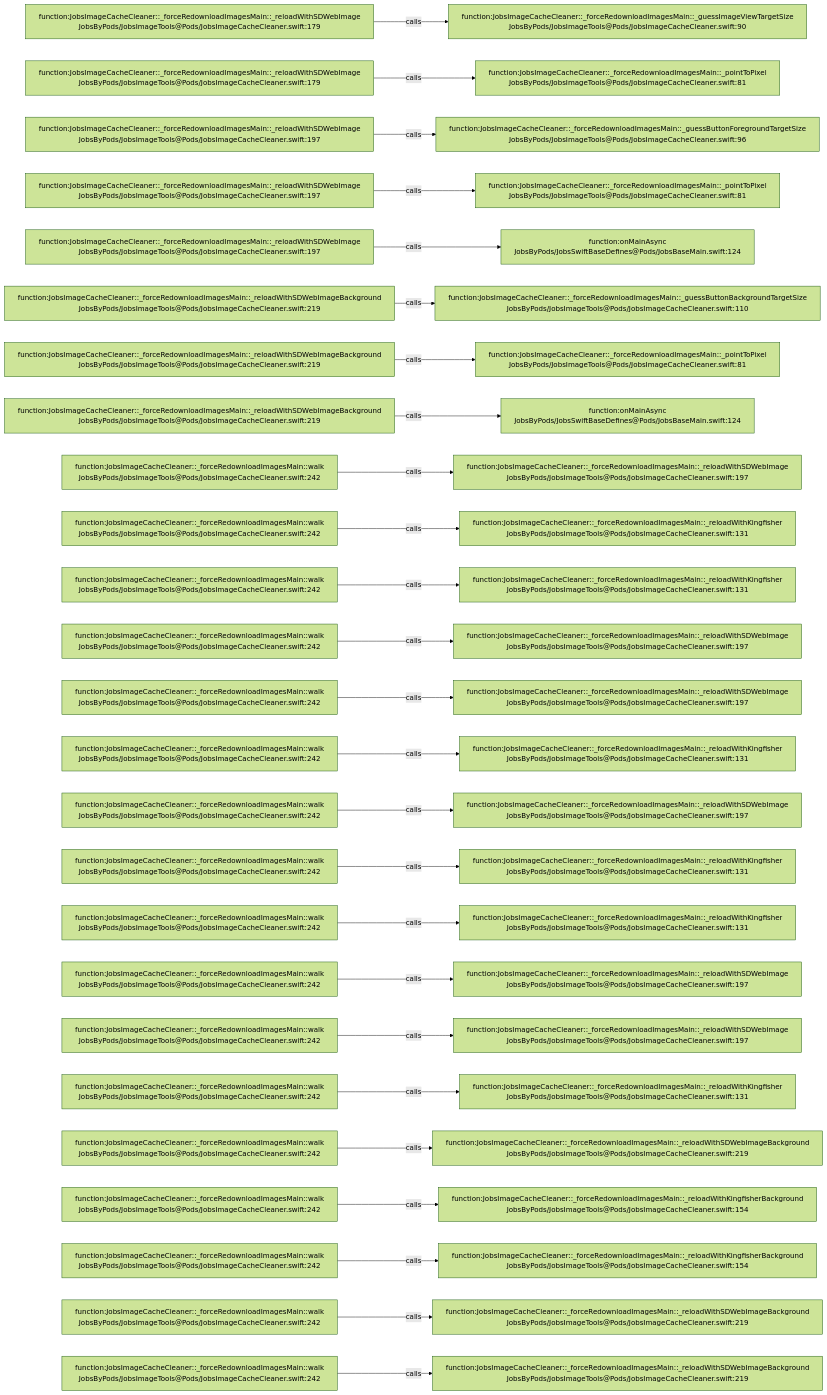
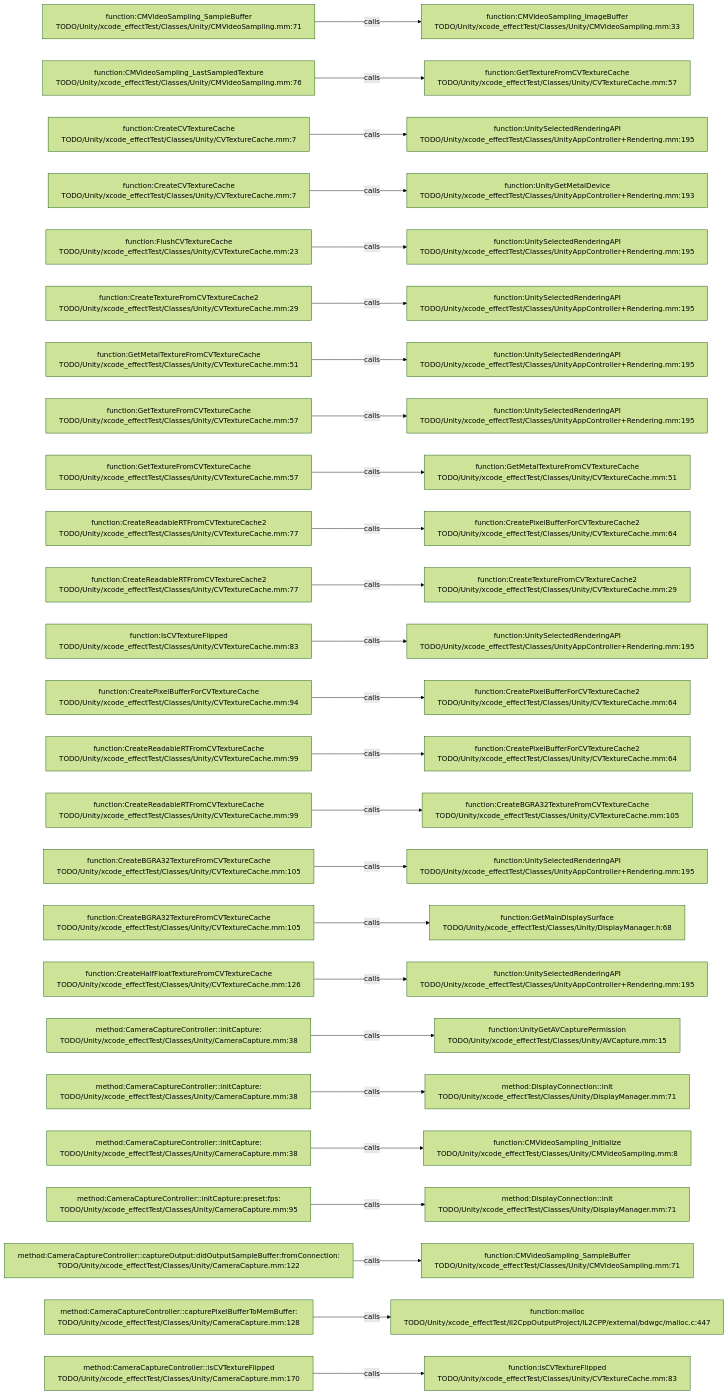
The diagram in .codegraph/codegraph.md/graphs/calls-033.md (JobsKits/JobsSwiftBaseConfigDemo), drawn with Mermaid (forest theme) before and after one commit. The commit also changed 227 other files, not shown here.

````diff
--- a/.codegraph/codegraph.md/graphs/calls-033.md
+++ b/.codegraph/codegraph.md/graphs/calls-033.md
@@ -13,78 +13,78 @@
 ```mermaid
 flowchart LR
-  S1["function:JobsImageCacheCleaner::_forceRedownloadImagesMain::_reloadWithSDWebImage<br/>JobsByPods/JobsImageTools@Pods/JobsImageCacheCleaner.swift:179"]
-  T1["function:JobsImageCacheCleaner::_forceRedownloadImagesMain::_guessImageViewTargetSize<br/>JobsByPods/JobsImageTools@Pods/JobsImageCacheCleaner.swift:90"]
+  S1["function:CMVideoSampling_SampleBuffer<br/>TODO/Unity/xcode_effectTest/Classes/Unity/CMVideoSampling.mm:71"]
+  T1["function:CMVideoSampling_ImageBuffer<br/>TODO/Unity/xcode_effectTest/Classes/Unity/CMVideoSampling.mm:33"]
   S1 -->|calls| T1
-  S2["function:JobsImageCacheCleaner::_forceRedownloadImagesMain::_reloadWithSDWebImage<br/>JobsByPods/JobsImageTools@Pods/JobsImageCacheCleaner.swift:179"]
-  T2["function:JobsImageCacheCleaner::_forceRedownloadImagesMain::_pointToPixel<br/>JobsByPods/JobsImageTools@Pods/JobsImageCacheCleaner.swift:81"]
+  S2["function:CMVideoSampling_LastSampledTexture<br/>TODO/Unity/xcode_effectTest/Classes/Unity/CMVideoSampling.mm:76"]
+  T2["function:GetTextureFromCVTextureCache<br/>TODO/Unity/xcode_effectTest/Classes/Unity/CVTextureCache.mm:57"]
   S2 -->|calls| T2
-  S3["function:JobsImageCacheCleaner::_forceRedownloadImagesMain::_reloadWithSDWebImage<br/>JobsByPods/JobsImageTools@Pods/JobsImageCacheCleaner.swift:197"]
-  T3["function:JobsImageCacheCleaner::_forceRedownloadImagesMain::_guessButtonForegroundTargetSize<br/>JobsByPods/JobsImageTools@Pods/JobsImageCacheCleaner.swift:96"]
+  S3["function:CreateCVTextureCache<br/>TODO/Unity/xcode_effectTest/Classes/Unity/CVTextureCache.mm:7"]
+  T3["function:UnitySelectedRenderingAPI<br/>TODO/Unity/xcode_effectTest/Classes/UnityAppController+Rendering.mm:195"]
   S3 -->|calls| T3
-  S4["function:JobsImageCacheCleaner::_forceRedownloadImagesMain::_reloadWithSDWebImage<br/>JobsByPods/JobsImageTools@Pods/JobsImageCacheCleaner.swift:197"]
-  T4["function:JobsImageCacheCleaner::_forceRedownloadImagesMain::_pointToPixel<br/>JobsByPods/JobsImageTools@Pods/JobsImageCacheCleaner.swift:81"]
+  S4["function:CreateCVTextureCache<br/>TODO/Unity/xcode_effectTest/Classes/Unity/CVTextureCache.mm:7"]
+  T4["function:UnityGetMetalDevice<br/>TODO/Unity/xcode_effectTest/Classes/UnityAppController+Rendering.mm:193"]
   S4 -->|calls| T4
-  S5["function:JobsImageCacheCleaner::_forceRedownloadImagesMain::_reloadWithSDWebImage<br/>JobsByPods/JobsImageTools@Pods/JobsImageCacheCleaner.swift:197"]
-  T5["function:onMainAsync<br/>JobsByPods/JobsSwiftBaseDefines@Pods/JobsBaseMain.swift:124"]
+  S5["function:FlushCVTextureCache<br/>TODO/Unity/xcode_effectTest/Classes/Unity/CVTextureCache.mm:23"]
+  T5["function:UnitySelectedRenderingAPI<br/>TODO/Unity/xcode_effectTest/Classes/UnityAppController+Rendering.mm:195"]
   S5 -->|calls| T5
-  S6["function:JobsImageCacheCleaner::_forceRedownloadImagesMain::_reloadWithSDWebImageBackground<br/>JobsByPods/JobsImageTools@Pods/JobsImageCacheCleaner.swift:219"]
-  T6["function:JobsImageCacheCleaner::_forceRedownloadImagesMain::_guessButtonBackgroundTargetSize<br/>JobsByPods/JobsImageTools@Pods/JobsImageCacheCleaner.swift:110"]
+  S6["function:CreateTextureFromCVTextureCache2<br/>TODO/Unity/xcode_effectTest/Classes/Unity/CVTextureCache.mm:29"]
+  T6["function:UnitySelectedRenderingAPI<br/>TODO/Unity/xcode_effectTest/Classes/UnityAppController+Rendering.mm:195"]
   S6 -->|calls| T6
-  S7["function:JobsImageCacheCleaner::_forceRedownloadImagesMain::_reloadWithSDWebImageBackground<br/>JobsByPods/JobsImageTools@Pods/JobsImageCacheCleaner.swift:219"]
-  T7["function:JobsImageCacheCleaner::_forceRedownloadImagesMain::_pointToPixel<br/>JobsByPods/JobsImageTools@Pods/JobsImageCacheCleaner.swift:81"]
+  S7["function:GetMetalTextureFromCVTextureCache<br/>TODO/Unity/xcode_effectTest/Classes/Unity/CVTextureCache.mm:51"]
+  T7["function:UnitySelectedRenderingAPI<br/>TODO/Unity/xcode_effectTest/Classes/UnityAppController+Rendering.mm:195"]
   S7 -->|calls| T7
-  S8["function:JobsImageCacheCleaner::_forceRedownloadImagesMain::_reloadWithSDWebImageBackground<br/>JobsByPods/JobsImageTools@Pods/JobsImageCacheCleaner.swift:219"]
-  T8["function:onMainAsync<br/>JobsByPods/JobsSwiftBaseDefines@Pods/JobsBaseMain.swift:124"]
+  S8["function:GetTextureFromCVTextureCache<br/>TODO/Unity/xcode_effectTest/Classes/Unity/CVTextureCache.mm:57"]
+  T8["function:UnitySelectedRenderingAPI<br/>TODO/Unity/xcode_effectTest/Classes/UnityAppController+Rendering.mm:195"]
   S8 -->|calls| T8
-  S9["function:JobsImageCacheCleaner::_forceRedownloadImagesMain::walk<br/>JobsByPods/JobsImageTools@Pods/JobsImageCacheCleaner.swift:242"]
-  T9["function:JobsImageCacheCleaner::_forceRedownloadImagesMain::_reloadWithSDWebImage<br/>JobsByPods/JobsImageTools@Pods/JobsImageCacheCleaner.swift:197"]
+  S9["function:GetTextureFromCVTextureCache<br/>TODO/Unity/xcode_effectTest/Classes/Unity/CVTextureCache.mm:57"]
+  T9["function:GetMetalTextureFromCVTextureCache<br/>TODO/Unity/xcode_effectTest/Classes/Unity/CVTextureCache.mm:51"]
   S9 -->|calls| T9
-  S10["function:JobsImageCacheCleaner::_forceRedownloadImagesMain::walk<br/>JobsByPods/JobsImageTools@Pods/JobsImageCacheCleaner.swift:242"]
-  T10["function:JobsImageCacheCleaner::_forceRedownloadImagesMain::_reloadWithKingfisher<br/>JobsByPods/JobsImageTools@Pods/JobsImageCacheCleaner.swift:131"]
+  S10["function:CreateReadableRTFromCVTextureCache2<br/>TODO/Unity/xcode_effectTest/Classes/Unity/CVTextureCache.mm:77"]
+  T10["function:CreatePixelBufferForCVTextureCache2<br/>TODO/Unity/xcode_effectTest/Classes/Unity/CVTextureCache.mm:64"]
   S10 -->|calls| T10
-  S11["function:JobsImageCacheCleaner::_forceRedownloadImagesMain::walk<br/>JobsByPods/JobsImageTools@Pods/JobsImageCacheCleaner.swift:242"]
-  T11["function:JobsImageCacheCleaner::_forceRedownloadImagesMain::_reloadWithKingfisher<br/>JobsByPods/JobsImageTools@Pods/JobsImageCacheCleaner.swift:131"]
+  S11["function:CreateReadableRTFromCVTextureCache2<br/>TODO/Unity/xcode_effectTest/Classes/Unity/CVTextureCache.mm:77"]
+  T11["function:CreateTextureFromCVTextureCache2<br/>TODO/Unity/xcode_effectTest/Classes/Unity/CVTextureCache.mm:29"]
   S11 -->|calls| T11
-  S12["function:JobsImageCacheCleaner::_forceRedownloadImagesMain::walk<br/>JobsByPods/JobsImageTools@Pods/JobsImageCacheCleaner.swift:242"]
-  T12["function:JobsImageCacheCleaner::_forceRedownloadImagesMain::_reloadWithSDWebImage<br/>JobsByPods/JobsImageTools@Pods/JobsImageCacheCleaner.swift:197"]
+  S12["function:IsCVTextureFlipped<br/>TODO/Unity/xcode_effectTest/Classes/Unity/CVTextureCache.mm:83"]
+  T12["function:UnitySelectedRenderingAPI<br/>TODO/Unity/xcode_effectTest/Classes/UnityAppController+Rendering.mm:195"]
   S12 -->|calls| T12
-  S13["function:JobsImageCacheCleaner::_forceRedownloadImagesMain::walk<br/>JobsByPods/JobsImageTools@Pods/JobsImageCacheCleaner.swift:242"]
-  T13["function:JobsImageCacheCleaner::_forceRedownloadImagesMain::_reloadWithSDWebImage<br/>JobsByPods/JobsImageTools@Pods/JobsImageCacheCleaner.swift:197"]
+  S13["function:CreatePixelBufferForCVTextureCache<br/>TODO/Unity/xcode_effectTest/Classes/Unity/CVTextureCache.mm:94"]
+  T13["function:CreatePixelBufferForCVTextureCache2<br/>TODO/Unity/xcode_effectTest/Classes/Unity/CVTextureCache.mm:64"]
   S13 -->|calls| T13
-  S14["function:JobsImageCacheCleaner::_forceRedownloadImagesMain::walk<br/>JobsByPods/JobsImageTools@Pods/JobsImageCacheCleaner.swift:242"]
-  T14["function:JobsImageCacheCleaner::_forceRedownloadImagesMain::_reloadWithKingfisher<br/>JobsByPods/JobsImageTools@Pods/JobsImageCacheCleaner.swift:131"]
+  S14["function:CreateReadableRTFromCVTextureCache<br/>TODO/Unity/xcode_effectTest/Classes/Unity/CVTextureCache.mm:99"]
+  T14["function:CreatePixelBufferForCVTextureCache2<br/>TODO/Unity/xcode_effectTest/Classes/Unity/CVTextureCache.mm:64"]
   S14 -->|calls| T14
-  S15["function:JobsImageCacheCleaner::_forceRedownloadImagesMain::walk<br/>JobsByPods/JobsImageTools@Pods/JobsImageCacheCleaner.swift:242"]
-  T15["function:JobsImageCacheCleaner::_forceRedownloadImagesMain::_reloadWithSDWebImage<br/>JobsByPods/JobsImageTools@Pods/JobsImageCacheCleaner.swift:197"]
+  S15["function:CreateReadableRTFromCVTextureCache<br/>TODO/Unity/xcode_effectTest/Classes/Unity/CVTextureCache.mm:99"]
+  T15["function:CreateBGRA32TextureFromCVTextureCache<br/>TODO/Unity/xcode_effectTest/Classes/Unity/CVTextureCache.mm:105"]
   S15 -->|calls| T15
-  S16["function:JobsImageCacheCleaner::_forceRedownloadImagesMain::walk<br/>JobsByPods/JobsImageTools@Pods/JobsImageCacheCleaner.swift:242"]
-  T16["function:JobsImageCacheCleaner::_forceRedownloadImagesMain::_reloadWithKingfisher<br/>JobsByPods/JobsImageTools@Pods/JobsImageCacheCleaner.swift:131"]
+  S16["function:CreateBGRA32TextureFromCVTextureCache<br/>TODO/Unity/xcode_effectTest/Classes/Unity/CVTextureCache.mm:105"]
+  T16["function:UnitySelectedRenderingAPI<br/>TODO/Unity/xcode_effectTest/Classes/UnityAppController+Rendering.mm:195"]
   S16 -->|calls| T16
-  S17["function:JobsImageCacheCleaner::_forceRedownloadImagesMain::walk<br/>JobsByPods/JobsImageTools@Pods/JobsImageCacheCleaner.swift:242"]
-  T17["function:JobsImageCacheCleaner::_forceRedownloadImagesMain::_reloadWithKingfisher<br/>JobsByPods/JobsImageTools@Pods/JobsImageCacheCleaner.swift:131"]
+  S17["function:CreateBGRA32TextureFromCVTextureCache<br/>TODO/Unity/xcode_effectTest/Classes/Unity/CVTextureCache.mm:105"]
+  T17["function:GetMainDisplaySurface<br/>TODO/Unity/xcode_effectTest/Classes/Unity/DisplayManager.h:68"]
   S17 -->|calls| T17
-  S18["function:JobsImageCacheCleaner::_forceRedownloadImagesMain::walk<br/>JobsByPods/JobsImageTools@Pods/JobsImageCacheCleaner.swift:242"]
-  T18["function:JobsImageCacheCleaner::_forceRedownloadImagesMain::_reloadWithSDWebImage<br/>JobsByPods/JobsImageTools@Pods/JobsImageCacheCleaner.swift:197"]
+  S18["function:CreateHalfFloatTextureFromCVTextureCache<br/>TODO/Unity/xcode_effectTest/Classes/Unity/CVTextureCache.mm:126"]
+  T18["function:UnitySelectedRenderingAPI<br/>TODO/Unity/xcode_effectTest/Classes/UnityAppController+Rendering.mm:195"]
   S18 -->|calls| T18
-  S19["function:JobsImageCacheCleaner::_forceRedownloadImagesMain::walk<br/>JobsByPods/JobsImageTools@Pods/JobsImageCacheCleaner.swift:242"]
-  T19["function:JobsImageCacheCleaner::_forceRedownloadImagesMain::_reloadWithSDWebImage<br/>JobsByPods/JobsImageTools@Pods/JobsImageCacheCleaner.swift:197"]
+  S19["method:CameraCaptureController::initCapture:<br/>TODO/Unity/xcode_effectTest/Classes/Unity/CameraCapture.mm:38"]
+  T19["function:UnityGetAVCapturePermission<br/>TODO/Unity/xcode_effectTest/Classes/Unity/AVCapture.mm:15"]
   S19 -->|calls| T19
-  S20["function:JobsImageCacheCleaner::_forceRedownloadImagesMain::walk<br/>JobsByPods/JobsImageTools@Pods/JobsImageCacheCleaner.swift:242"]
-  T20["function:JobsImageCacheCleaner::_forceRedownloadImagesMain::_reloadWithKingfisher<br/>JobsByPods/JobsImageTools@Pods/JobsImageCacheCleaner.swift:131"]
+  S20["method:CameraCaptureController::initCapture:<br/>TODO/Unity/xcode_effectTest/Classes/Unity/CameraCapture.mm:38"]
+  T20["method:DisplayConnection::init<br/>TODO/Unity/xcode_effectTest/Classes/Unity/DisplayManager.mm:71"]
   S20 -->|calls| T20
-  S21["function:JobsImageCacheCleaner::_forceRedownloadImagesMain::walk<br/>JobsByPods/JobsImageTools@Pods/JobsImageCacheCleaner.swift:242"]
-  T21["function:JobsImageCacheCleaner::_forceRedownloadImagesMain::_reloadWithSDWebImageBackground<br/>JobsByPods/JobsImageTools@Pods/JobsImageCacheCleaner.swift:219"]
+  S21["method:CameraCaptureController::initCapture:<br/>TODO/Unity/xcode_effectTest/Classes/Unity/CameraCapture.mm:38"]
+  T21["function:CMVideoSampling_Initialize<br/>TODO/Unity/xcode_effectTest/Classes/Unity/CMVideoSampling.mm:8"]
   S21 -->|calls| T21
-  S22["function:JobsImageCacheCleaner::_forceRedownloadImagesMain::walk<br/>JobsByPods/JobsImageTools@Pods/JobsImageCacheCleaner.swift:242"]
-  T22["function:JobsImageCacheCleaner::_forceRedownloadImagesMain::_reloadWithKingfisherBackground<br/>JobsByPods/JobsImageTools@Pods/JobsImageCacheCleaner.swift:154"]
+  S22["method:CameraCaptureController::initCapture:preset:fps:<br/>TODO/Unity/xcode_effectTest/Classes/Unity/CameraCapture.mm:95"]
+  T22["method:DisplayConnection::init<br/>TODO/Unity/xcode_effectTest/Classes/Unity/DisplayManager.mm:71"]
   S22 -->|calls| T22
-  S23["function:JobsImageCacheCleaner::_forceRedownloadImagesMain::walk<br/>JobsByPods/JobsImageTools@Pods/JobsImageCacheCleaner.swift:242"]
-  T23["function:JobsImageCacheCleaner::_forceRedownloadImagesMain::_reloadWithKingfisherBackground<br/>JobsByPods/JobsImageTools@Pods/JobsImageCacheCleaner.swift:154"]
+  S23["method:CameraCaptureController::captureOutput:didOutputSampleBuffer:fromConnection:<br/>TODO/Unity/xcode_effectTest/Classes/Unity/CameraCapture.mm:122"]
+  T23["function:CMVideoSampling_SampleBuffer<br/>TODO/Unity/xcode_effectTest/Classes/Unity/CMVideoSampling.mm:71"]
   S23 -->|calls| T23
-  S24["function:JobsImageCacheCleaner::_forceRedownloadImagesMain::walk<br/>JobsByPods/JobsImageTools@Pods/JobsImageCacheCleaner.swift:242"]
-  T24["function:JobsImageCacheCleaner::_forceRedownloadImagesMain::_reloadWithSDWebImageBackground<br/>JobsByPods/JobsImageTools@Pods/JobsImageCacheCleaner.swift:219"]
+  S24["method:CameraCaptureController::capturePixelBufferToMemBuffer:<br/>TODO/Unity/xcode_effectTest/Classes/Unity/CameraCapture.mm:128"]
+  T24["function:malloc<br/>TODO/Unity/xcode_effectTest/Il2CppOutputProject/IL2CPP/external/bdwgc/malloc.c:447"]
   S24 -->|calls| T24
-  S25["function:JobsImageCacheCleaner::_forceRedownloadImagesMain::walk<br/>JobsByPods/JobsImageTools@Pods/JobsImageCacheCleaner.swift:242"]
-  T25["function:JobsImageCacheCleaner::_forceRedownloadImagesMain::_reloadWithSDWebImageBackground<br/>JobsByPods/JobsImageTools@Pods/JobsImageCacheCleaner.swift:219"]
+  S25["method:CameraCaptureController::isCVTextureFlipped<br/>TODO/Unity/xcode_effectTest/Classes/Unity/CameraCapture.mm:170"]
+  T25["function:IsCVTextureFlipped<br/>TODO/Unity/xcode_effectTest/Classes/Unity/CVTextureCache.mm:83"]
   S25 -->|calls| T25
 ```
````
